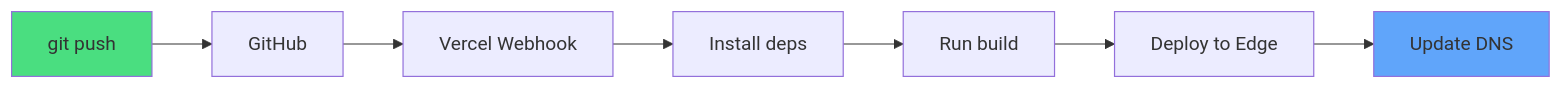
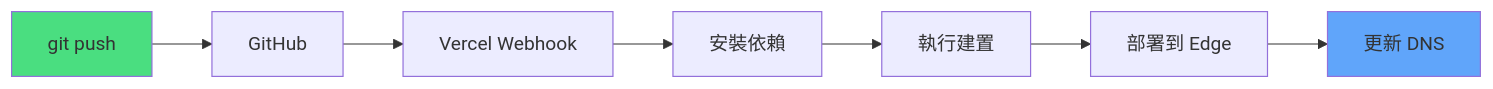
Before and after one commit to u88803494/my-website: the fifth of 11 diagrams in docs/reference/architecture.md, drawn with Mermaid. The commit also changed other lines of this file and 6 other files, not shown here.

````diff
--- a/docs/reference/architecture.md
+++ b/docs/reference/architecture.md
@@ -1206,12 +1205,12 @@
 ```mermaid
 graph LR
     A[git push] --> B[GitHub]
     B --> C[Vercel Webhook]
-    C --> D[Install deps]
-    D --> E[Run build]
-    E --> F[Deploy to Edge]
-    F --> G[Update DNS]
+    C --> D[安裝依賴]
+    D --> E[執行建置]
+    E --> F[部署到 Edge]
+    F --> G[更新 DNS]
 
     style A fill:#4ade80
     style G fill:#60a5fa
 ```
````
